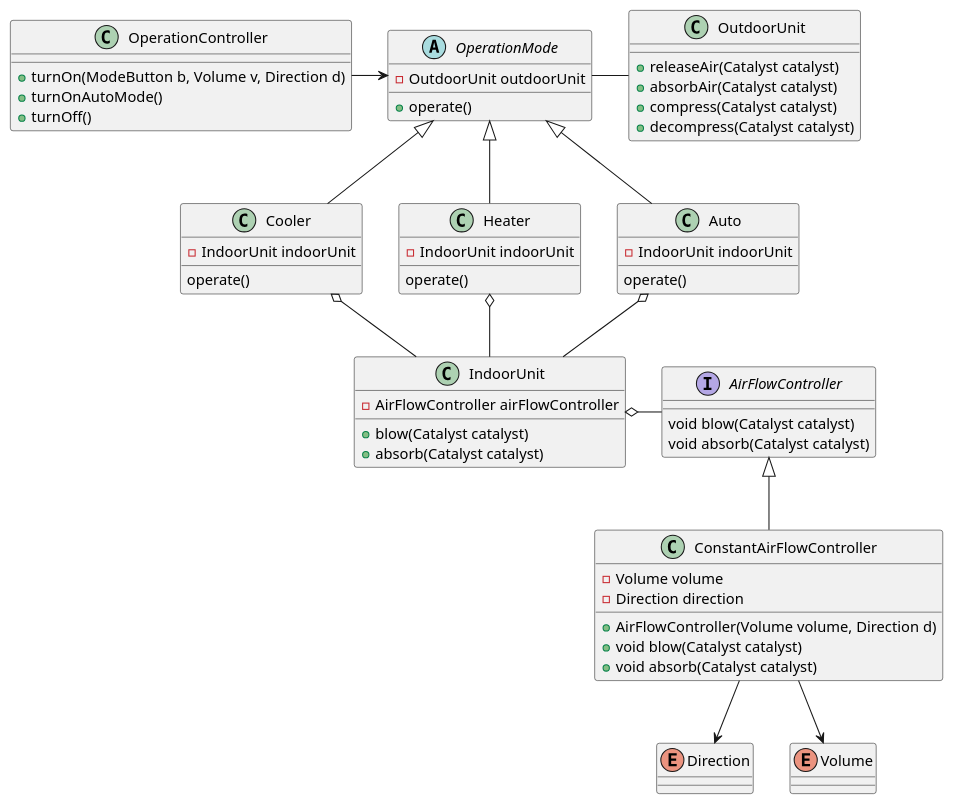
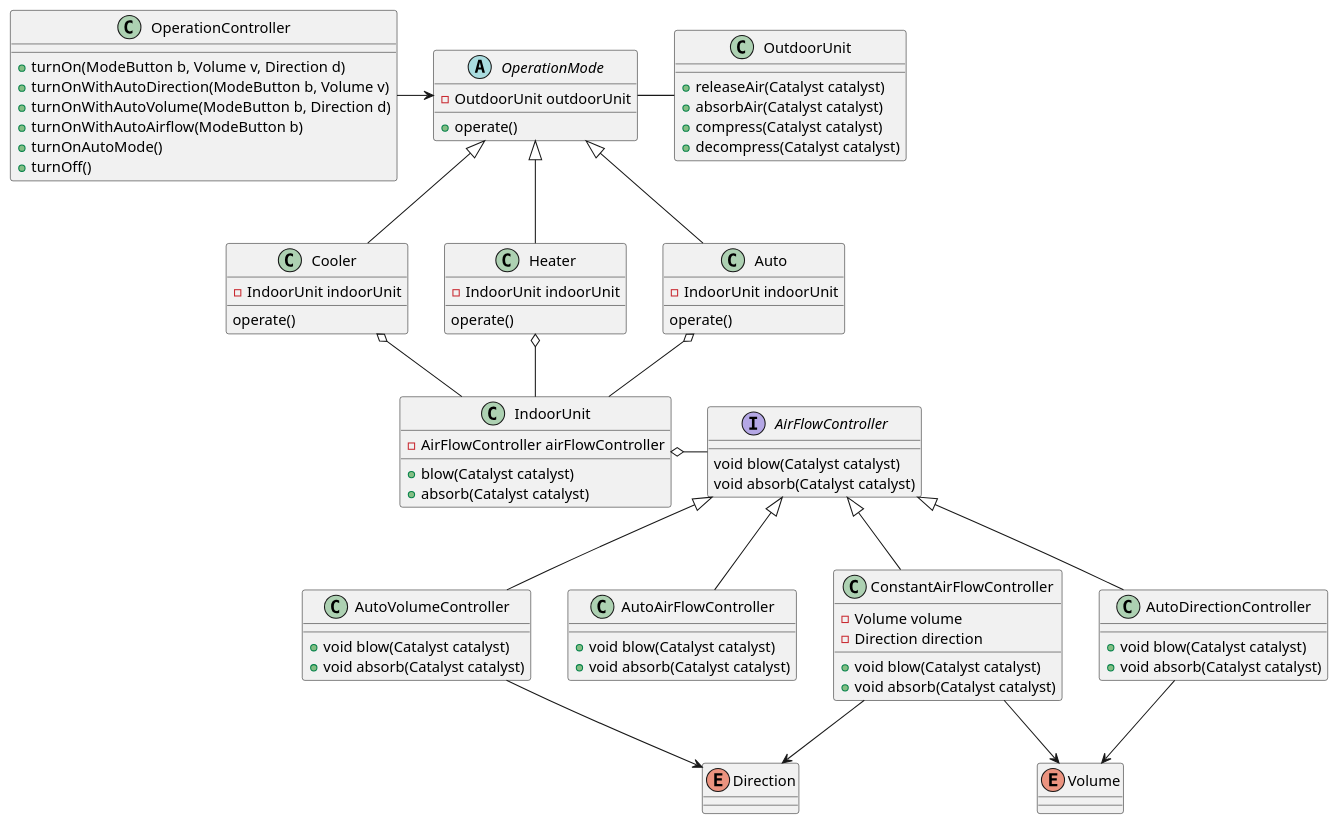
One commit to yatakeke/modeling-training changed the diagram in air-conditioner.puml. Above: the diagram before and after it, drawn with PlantUML.

Commit message:
autoで風向と風量を実装する機能を追加

```diff
--- a/air-conditioner.puml
+++ b/air-conditioner.puml
@@ -1,90 +1,111 @@
 @startuml
 'https://plantuml.com/class-diagram
 
 '基本的には冷房と暖房の２つしか選べない
 '風向の指定しかできない
 '温度センサー未実装
 
 class OperationController {
 +turnOn(ModeButton b, Volume v, Direction d)
++turnOnWithAutoDirection(ModeButton b, Volume v)
++turnOnWithAutoVolume(ModeButton b, Direction d)
++turnOnWithAutoAirflow(ModeButton b)
 +turnOnAutoMode()
 +turnOff()
 }
 
 OperationController -right-> OperationMode
 
 abstract class OperationMode {
 -OutdoorUnit outdoorUnit
 +operate()
 }
 
 OperationMode <|-- Cooler
 OperationMode <|-- Heater
 OperationMode <|-- Auto
 
 OperationMode -right- OutdoorUnit
 
 class Cooler {
 -IndoorUnit indoorUnit
 operate()
 }
 
 Cooler o-- IndoorUnit
 
 class Heater {
 -IndoorUnit indoorUnit
 operate()
 }
 
 Heater o-- IndoorUnit
 
 class Auto {
 -IndoorUnit indoorUnit
 operate()
 }
 
 Auto o-- IndoorUnit
 
 
 '意図がindoorUnitと少し違うことを明確にするためにあえて違う名前にしてみた
 class OutdoorUnit {
 +releaseAir(Catalyst catalyst)
 +absorbAir(Catalyst catalyst)
 +compress(Catalyst catalyst)
 +decompress(Catalyst catalyst)
 }
 
 class IndoorUnit {
 -AirFlowController airFlowController
 +blow(Catalyst catalyst)
 +absorb(Catalyst catalyst)
 }
 
 IndoorUnit o-right- AirFlowController
 
 interface AirFlowController {
 void blow(Catalyst catalyst)
 void absorb(Catalyst catalyst)
 }
 
 AirFlowController <|-- ConstantAirFlowController
-'TODO: autoとかの実装を後ほどする
+AirFlowController <|-- AutoAirFlowController
+AirFlowController <|-- AutoDirectionController
+AirFlowController <|-- AutoVolumeController
 
 class ConstantAirFlowController {
 -Volume volume
 -Direction direction
-+AirFlowController(Volume volume, Direction d)
++void blow(Catalyst catalyst)
++void absorb(Catalyst catalyst)
+}
+
+class AutoAirFlowController {
++void blow(Catalyst catalyst)
++void absorb(Catalyst catalyst)
+}
+
+class AutoDirectionController {
++void blow(Catalyst catalyst)
++void absorb(Catalyst catalyst)
+}
+
+class AutoVolumeController {
 +void blow(Catalyst catalyst)
 +void absorb(Catalyst catalyst)
 }
 
 ConstantAirFlowController --> Direction
 ConstantAirFlowController --> Volume
+AutoVolumeController --> Direction
+AutoDirectionController --> Volume
 
 enum Direction {
 }
 
 enum Volume {
 }
 
 @enduml
```
